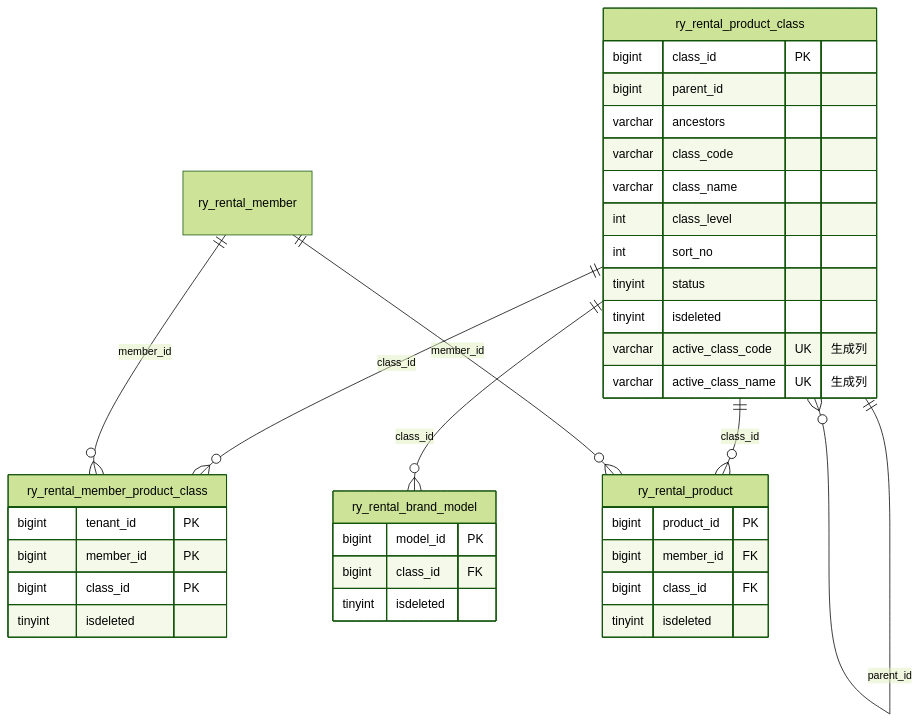
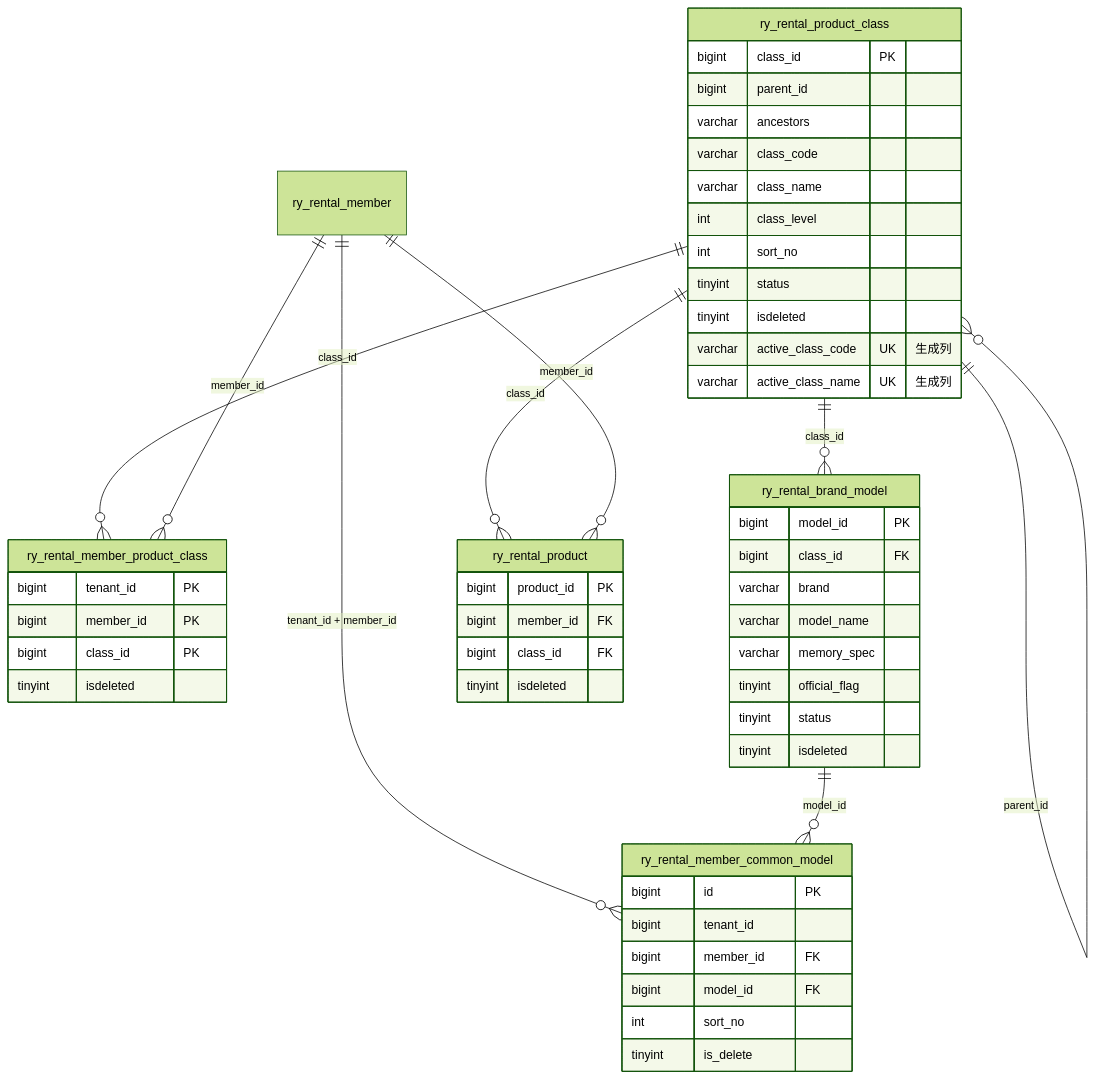
The diagram in docs/design/产品类目、接口审计与软删除设计.md (weisenzcharles/QianRuo), drawn with Mermaid (forest theme) before and after one commit. The commit also changed other lines of this file and 219 other files, not shown here.

````diff
--- a/docs/design/产品类目、接口审计与软删除设计.md
+++ b/docs/design/产品类目、接口审计与软删除设计.md
@@ -37,40 +46,55 @@
 ```mermaid
 erDiagram
     ry_rental_product_class ||--o{ ry_rental_product_class : "parent_id"
     ry_rental_product_class ||--o{ ry_rental_member_product_class : "class_id"
     ry_rental_member ||--o{ ry_rental_member_product_class : "member_id"
     ry_rental_product_class ||--o{ ry_rental_brand_model : "class_id"
     ry_rental_product_class ||--o{ ry_rental_product : "class_id"
     ry_rental_member ||--o{ ry_rental_product : "member_id"
+    ry_rental_member ||--o{ ry_rental_member_common_model : "tenant_id + member_id"
+    ry_rental_brand_model ||--o{ ry_rental_member_common_model : "model_id"
 
     ry_rental_product_class {
         bigint class_id PK
         bigint parent_id
         varchar ancestors
         varchar class_code
         varchar class_name
         int class_level
         int sort_no
         tinyint status
         tinyint isdeleted
         varchar active_class_code UK "生成列"
         varchar active_class_name UK "生成列"
     }
     ry_rental_member_product_class {
         bigint tenant_id PK
         bigint member_id PK
         bigint class_id PK
         tinyint isdeleted
     }
     ry_rental_brand_model {
         bigint model_id PK
         bigint class_id FK
+        varchar brand
+        varchar model_name
+        varchar memory_spec
+        tinyint official_flag
+        tinyint status
         tinyint isdeleted
+    }
+    ry_rental_member_common_model {
+        bigint id PK
+        bigint tenant_id
+        bigint member_id FK
+        bigint model_id FK
+        int sort_no
+        tinyint is_delete
     }
     ry_rental_product {
         bigint product_id PK
         bigint member_id FK
         bigint class_id FK
         tinyint isdeleted
     }
 ```
````
